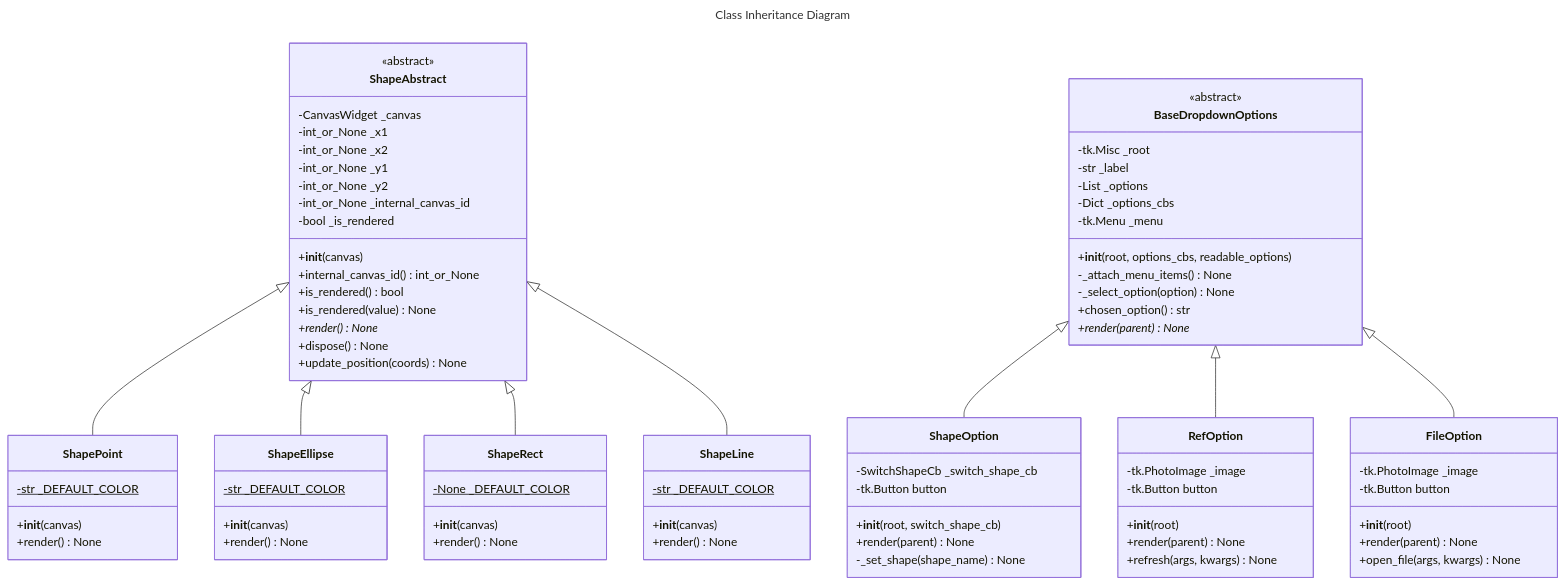
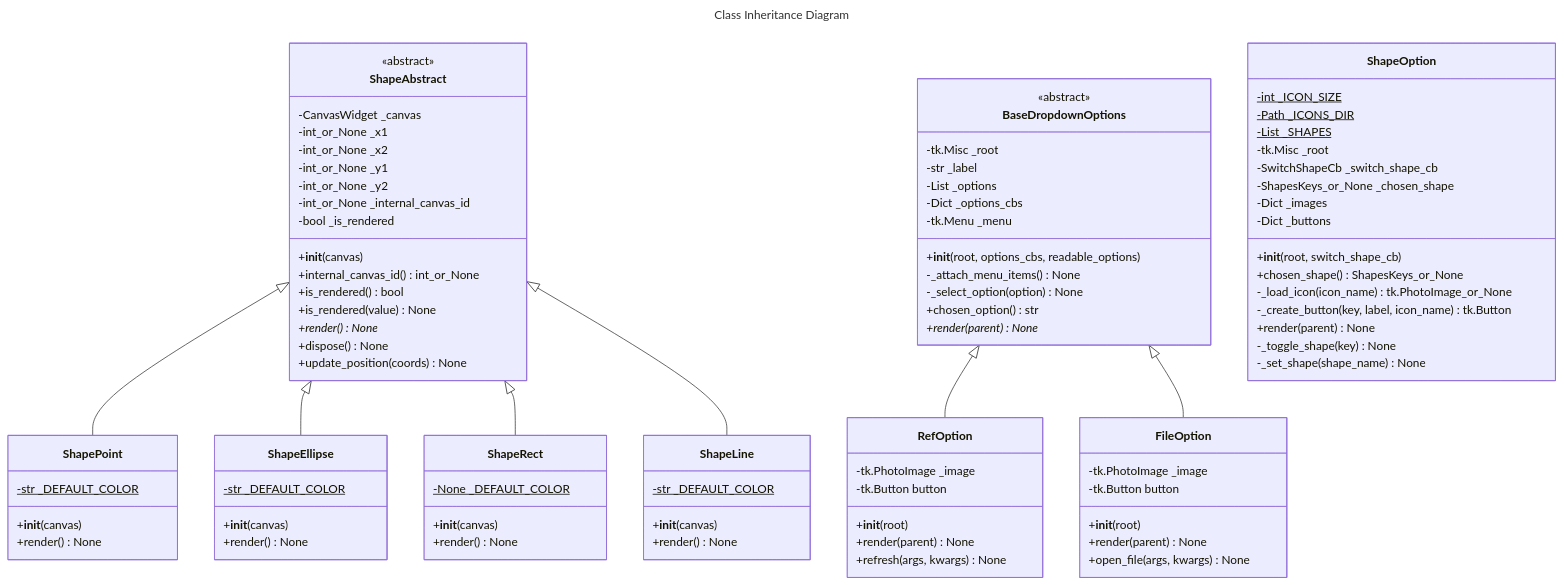
One commit to yeghor/FICE-OOP-Labs changed the diagram in lab_3/class-inheritance-diagram.mmd. Above: the diagram before and after it, drawn with Mermaid. The commit also changed 3 other files, not shown here.

```diff
--- a/lab_3/class-inheritance-diagram.mmd
+++ b/lab_3/class-inheritance-diagram.mmd
@@ -1,95 +1,104 @@
 ---
 title: Class Inheritance Diagram
 ---
 classDiagram
     %% * - abstract, $ - static
     %% + - public, - - private, # - protected
 
     class ShapeAbstract {
         <<abstract>>
         -CanvasWidget _canvas
         -int_or_None _x1
         -int_or_None _x2
         -int_or_None _y1
         -int_or_None _y2
         -int_or_None _internal_canvas_id
         -bool _is_rendered
         +__init__(canvas)
         +internal_canvas_id() int_or_None
         +is_rendered() bool
         +is_rendered(value) None
         +render() None*
         +dispose() None
         +update_position(coords) None
     }
 
     ShapeAbstract <|-- ShapePoint
     ShapeAbstract <|-- ShapeEllipse
     ShapeAbstract <|-- ShapeRect
     ShapeAbstract <|-- ShapeLine
 
     class BaseDropdownOptions {
         <<abstract>>
         -tk.Misc _root
         -str _label
         -List _options
         -Dict _options_cbs
         -tk.Menu _menu
         +__init__(root, options_cbs, readable_options)
         -_attach_menu_items() None
         -_select_option(option) None
         +chosen_option() str
         +render(parent) None*
     }
 
-    BaseDropdownOptions <|-- ShapeOption
     BaseDropdownOptions <|-- RefOption
     BaseDropdownOptions <|-- FileOption
 
     class ShapePoint {
         -str _DEFAULT_COLOR$
         +__init__(canvas)
         +render() None
     }
 
     class ShapeEllipse {
         -str _DEFAULT_COLOR$
         +__init__(canvas)
         +render() None
     }
 
     class ShapeRect {
         -None _DEFAULT_COLOR$
         +__init__(canvas)
         +render() None
     }
 
     class ShapeLine {
         -str _DEFAULT_COLOR$
         +__init__(canvas)
         +render() None
     }
 
     class ShapeOption {
+        -int _ICON_SIZE$
+        -Path _ICONS_DIR$
+        -List _SHAPES$
+        -tk.Misc _root
         -SwitchShapeCb _switch_shape_cb
-        -tk.Button button
+        -ShapesKeys_or_None _chosen_shape
+        -Dict _images
+        -Dict _buttons
         +__init__(root, switch_shape_cb)
+        +chosen_shape() ShapesKeys_or_None
+        -_load_icon(icon_name) tk.PhotoImage_or_None
+        -_create_button(key, label, icon_name) tk.Button
         +render(parent) None
+        -_toggle_shape(key) None
         -_set_shape(shape_name) None
     }
 
     class RefOption {
         -tk.PhotoImage _image
         -tk.Button button
         +__init__(root)
         +render(parent) None
         +refresh(args, kwargs) None
     }
 
     class FileOption {
         -tk.PhotoImage _image
         -tk.Button button
         +__init__(root)
         +render(parent) None
         +open_file(args, kwargs) None
     }
```
